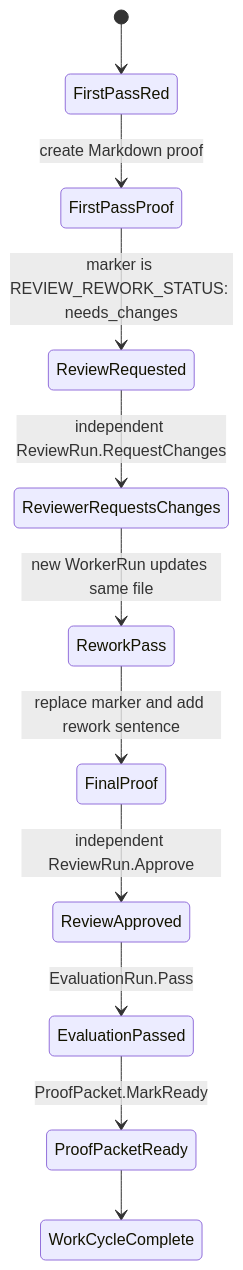
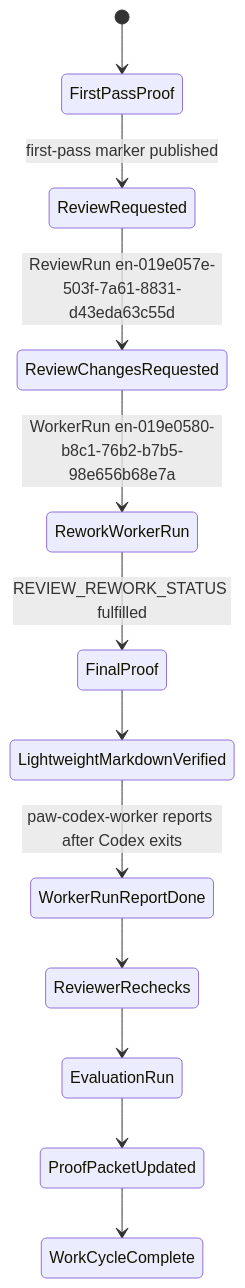
The diagram in .proofs/mac-mini-review-rework-20260508T024611Z.md (nerdsane/openpaw), drawn with Mermaid before and after one commit. The commit also changed other lines of this file, not shown here.

First line of the commit message:
Paw Patrol WorkerRun en-019e0580-b8c1-76b2-b7b5-98e656b68e7a

````diff
--- a/.proofs/mac-mini-review-rework-20260508T024611Z.md
+++ b/.proofs/mac-mini-review-rework-20260508T024611Z.md
@@ -27,13 +29,14 @@
 ```mermaid
 stateDiagram-v2
-    [*] --> FirstPassRed
-    FirstPassRed --> FirstPassProof: create Markdown proof
-    FirstPassProof --> ReviewRequested: marker is REVIEW_REWORK_STATUS: needs_changes
-    ReviewRequested --> ReviewerRequestsChanges: independent ReviewRun.RequestChanges
-    ReviewerRequestsChanges --> ReworkPass: new WorkerRun updates same file
-    ReworkPass --> FinalProof: replace marker and add rework sentence
-    FinalProof --> ReviewApproved: independent ReviewRun.Approve
-    ReviewApproved --> EvaluationPassed: EvaluationRun.Pass
-    EvaluationPassed --> ProofPacketReady: ProofPacket.MarkReady
-    ProofPacketReady --> WorkCycleComplete
+    [*] --> FirstPassProof
+    FirstPassProof --> ReviewRequested: first-pass marker published
+    ReviewRequested --> ReviewChangesRequested: ReviewRun en-019e057e-503f-7a61-8831-d43eda63c55d
+    ReviewChangesRequested --> ReworkWorkerRun: WorkerRun en-019e0580-b8c1-76b2-b7b5-98e656b68e7a
+    ReworkWorkerRun --> FinalProof: REVIEW_REWORK_STATUS fulfilled
+    FinalProof --> LightweightMarkdownVerified
+    LightweightMarkdownVerified --> WorkerRunReportDone: paw-codex-worker reports after Codex exits
+    WorkerRunReportDone --> ReviewerRechecks
+    ReviewerRechecks --> EvaluationRun
+    EvaluationRun --> ProofPacketUpdated
+    ProofPacketUpdated --> WorkCycleComplete
 ```
````
